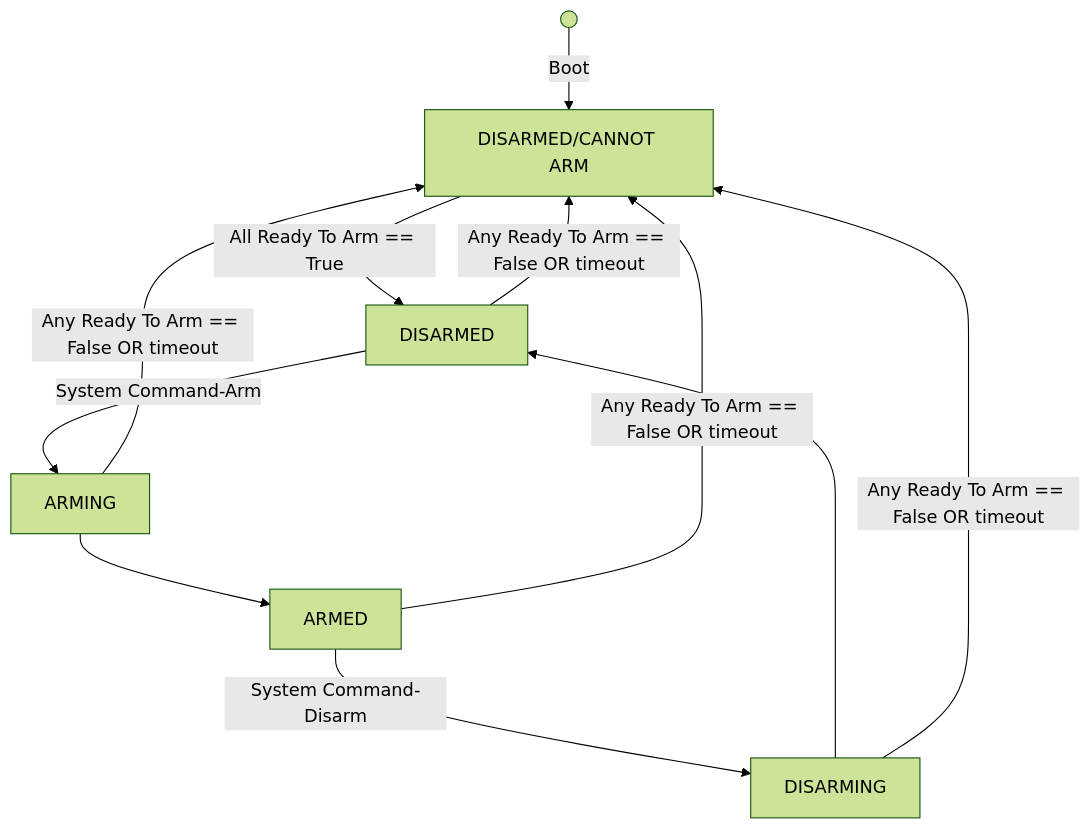
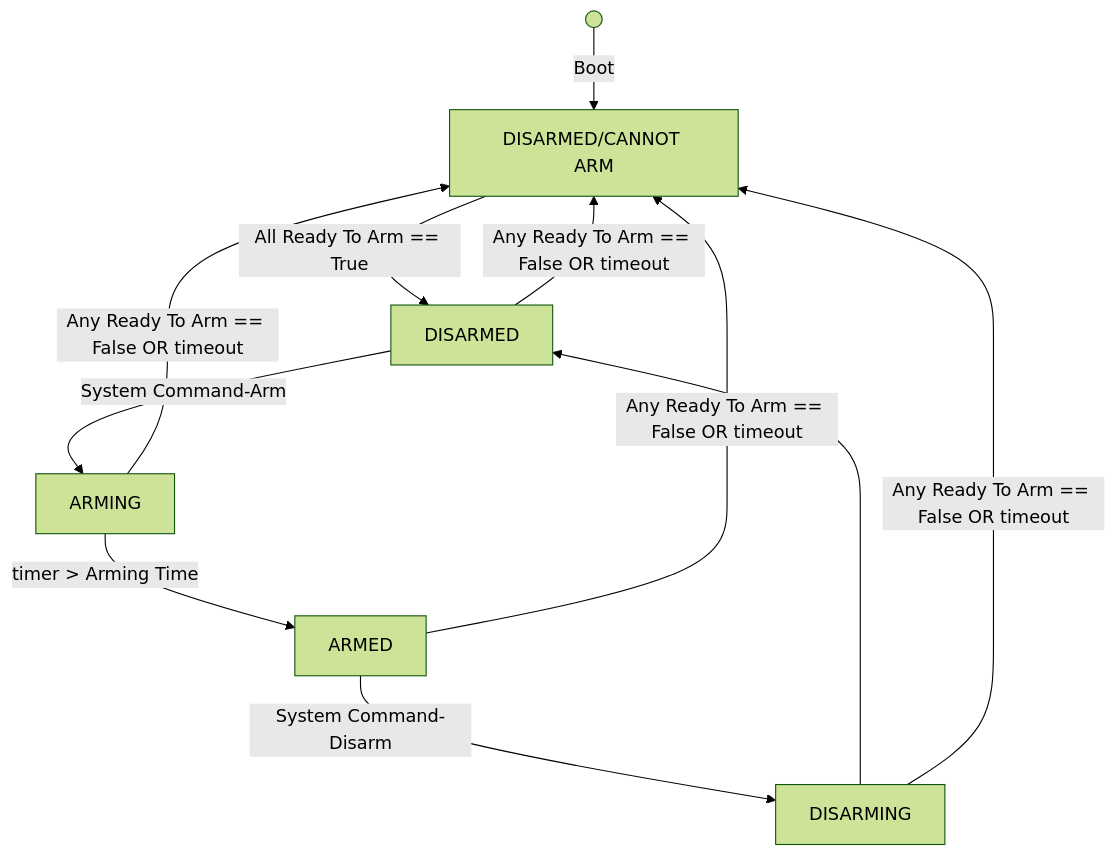
The diagram in doc/Features/SafetyControl/ArmDisarm.md (dgitz/eros), drawn with Mermaid (forest theme) before and after one commit. The commit also changed other lines of this file and 11 other files, not shown here.

````diff
--- a/doc/Features/SafetyControl/ArmDisarm.md
+++ b/doc/Features/SafetyControl/ArmDisarm.md
@@ -14,26 +14,26 @@
 ```mermaid
     graph TD;
     DisarmedCannotArm[DISARMED/CANNOT ARM]
     Disarming[DISARMING]
     Disarmed[DISARMED]
     Arming[ARMING]
     Armed[ARMED]
     Start@{ shape: circle, label: " " }
     Start --> | Boot | DisarmedCannotArm
     DisarmedCannotArm --> | All Ready To Arm == True | Disarmed
     Disarmed --> | System Command-Arm | Arming
-    Arming --> Armed
+    Arming -->  | timer > Arming Time | Armed
     Armed --> | System Command-Disarm | Disarming
     Disarming --> Disarmed
     Armed --> | Any Ready To Arm == False OR timeout | DisarmedCannotArm
     Arming --> | Any Ready To Arm == False OR timeout  | DisarmedCannotArm
     Disarmed --> | Any Ready To Arm == False OR timeout  | DisarmedCannotArm
     Disarming --> | Any Ready To Arm == False OR timeout  | DisarmedCannotArm
 
     click DisarmedCannotArm href "https://mermaid.js.org/syntax/flowchart.html" " "
     click Disarming href "https://mermaid.js.org/syntax/flowchart.html" " "
     click Disarmed href "https://mermaid.js.org/syntax/flowchart.html" " "
     click Arming href "https://mermaid.js.org/syntax/flowchart.html" " "
     click Armed href "https://mermaid.js.org/syntax/flowchart.html" " "
 
 ```
````
